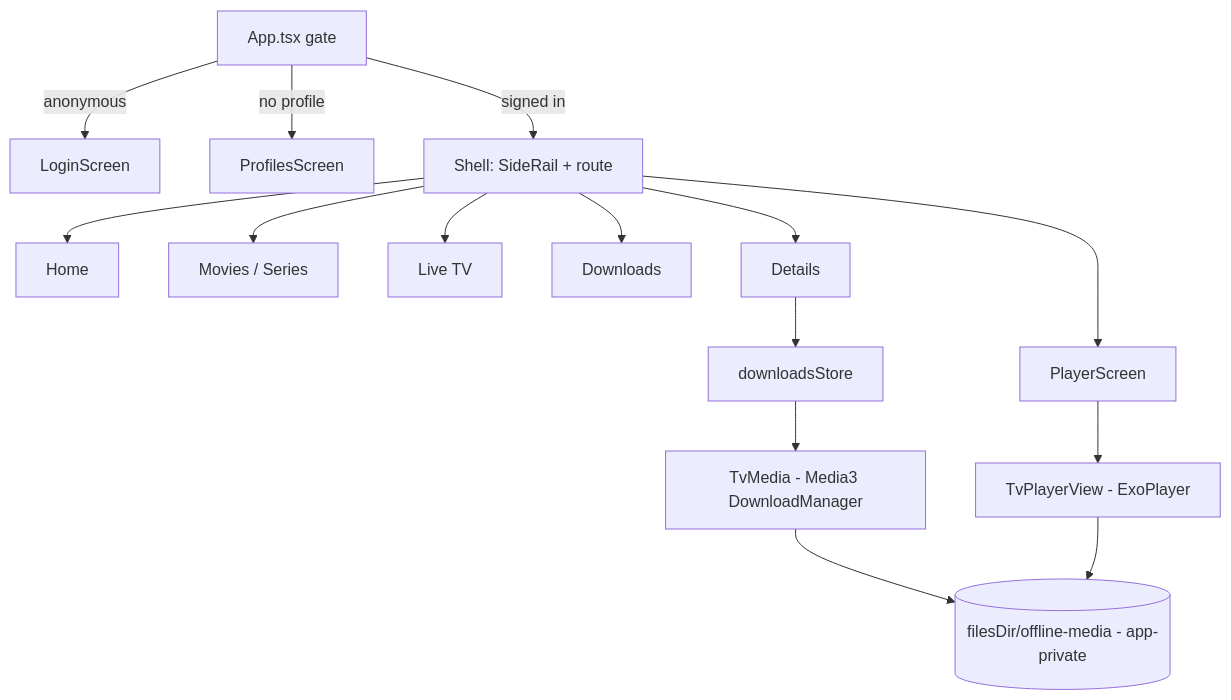
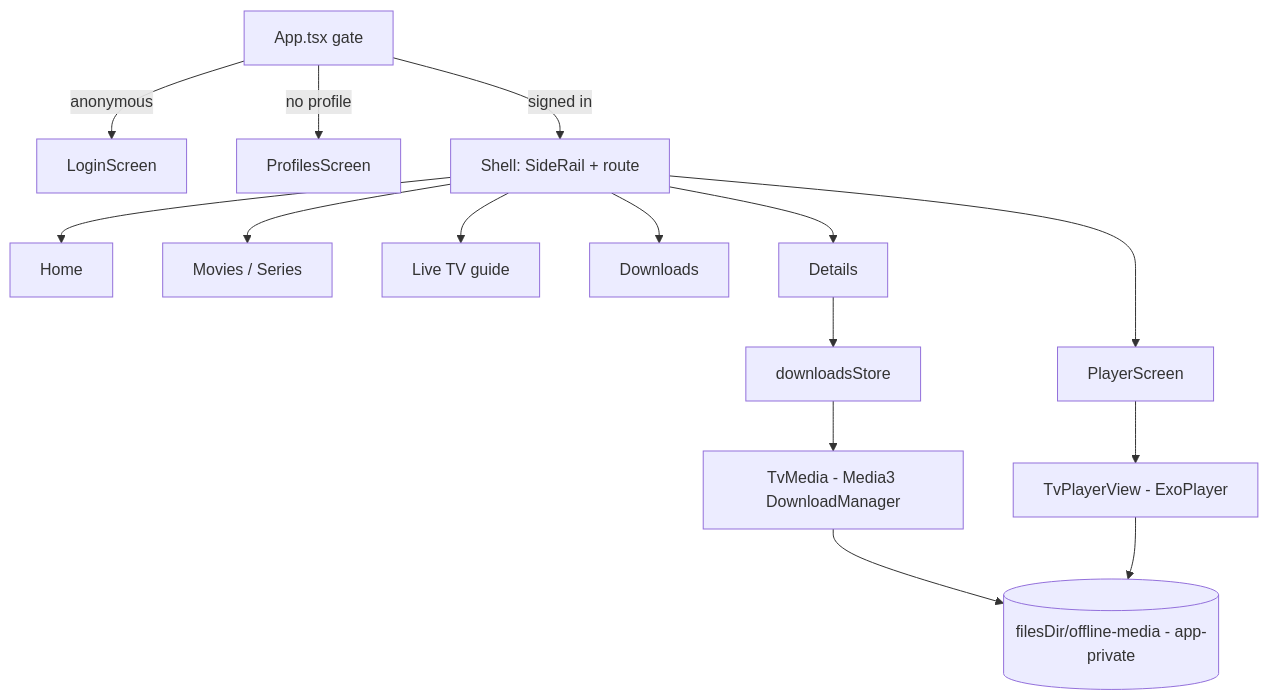
The diagram in apps/tv-app/README.md (brunoccst/iptv-player), drawn with Mermaid before and after one commit. The commit also changed 4 other files, not shown here.

````diff
--- a/apps/tv-app/README.md
+++ b/apps/tv-app/README.md
@@ -5,12 +5,12 @@
 ```mermaid
 flowchart TD
   APP[App.tsx gate] -->|anonymous| LOGIN[LoginScreen]
   APP -->|no profile| PROFILES[ProfilesScreen]
   APP -->|signed in| SHELL[Shell: SideRail + route]
-  SHELL --> HOME[Home] & BROWSE[Movies / Series] & LIVE[Live TV] & DL[Downloads] & DETAILS[Details]
+  SHELL --> HOME[Home] & BROWSE[Movies / Series] & LIVE[Live TV guide] & DL[Downloads] & DETAILS[Details]
   SHELL --> PLAYER[PlayerScreen]
   PLAYER --> VIEW[TvPlayerView - ExoPlayer]
   DETAILS --> STORE[downloadsStore] --> NATIVE[TvMedia - Media3 DownloadManager]
   NATIVE --> CACHE[(filesDir/offline-media - app-private)]
   VIEW --> CACHE
 ```
````
